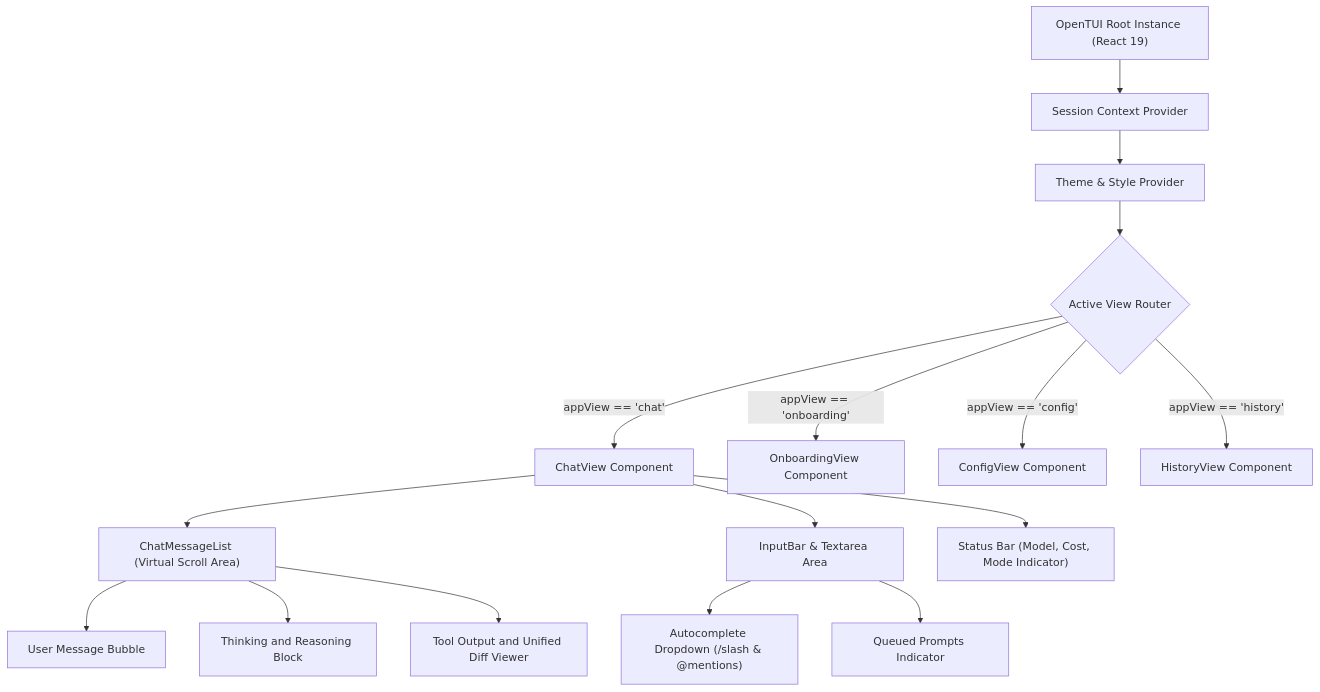
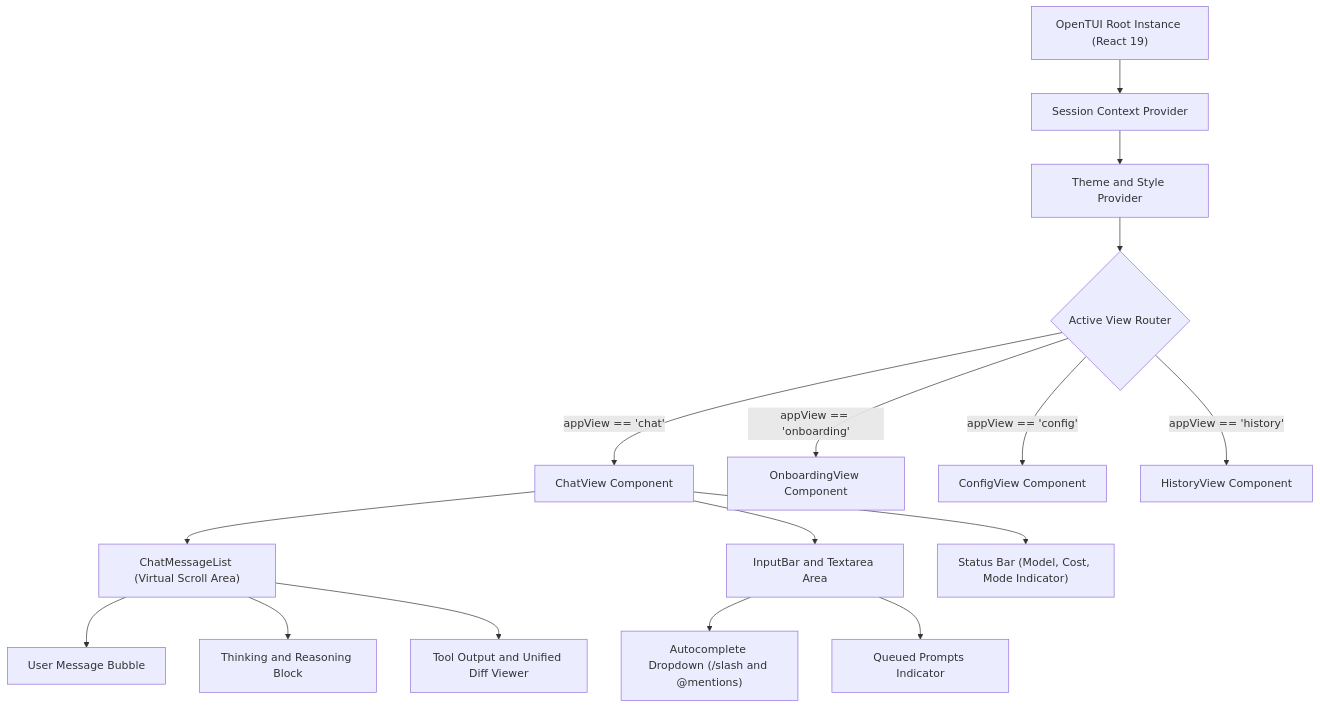
One commit to KerberoSec/KerberoSec-CLI changed the second of 24 diagrams in README.md. Above: the diagram before and after it, drawn with Mermaid. The commit also changed other lines of this file and 5 other files, not shown here.

````diff
--- a/README.md
+++ b/README.md
@@ -191,21 +298,21 @@
 ```mermaid
 graph TD
     Root["OpenTUI Root Instance (React 19)"] --> SessionCtx["Session Context Provider"]
-    SessionCtx --> ThemeCtx["Theme & Style Provider"]
+    SessionCtx --> ThemeCtx["Theme and Style Provider"]
     ThemeCtx --> ViewRouter{"Active View Router"}
 
     ViewRouter -- "appView == 'chat'" --> ChatView["ChatView Component"]
     ViewRouter -- "appView == 'onboarding'" --> OnboardView["OnboardingView Component"]
     ViewRouter -- "appView == 'config'" --> ConfigView["ConfigView Component"]
     ViewRouter -- "appView == 'history'" --> HistoryView["HistoryView Component"]
 
     ChatView --> MsgList["ChatMessageList (Virtual Scroll Area)"]
     MsgList --> UserBubble["User Message Bubble"]
     MsgList --> ThoughtBubble["Thinking and Reasoning Block"]
     MsgList --> ToolBubble["Tool Output and Unified Diff Viewer"]
     
-    ChatView --> InputSection["InputBar & Textarea Area"]
-    InputSection --> AutoDrop["Autocomplete Dropdown (/slash & @mentions)"]
+    ChatView --> InputSection["InputBar and Textarea Area"]
+    InputSection --> AutoDrop["Autocomplete Dropdown (/slash and @mentions)"]
     InputSection --> QueueDisplay["Queued Prompts Indicator"]
     ChatView --> StatusBar["Status Bar (Model, Cost, Mode Indicator)"]
 ```
````
